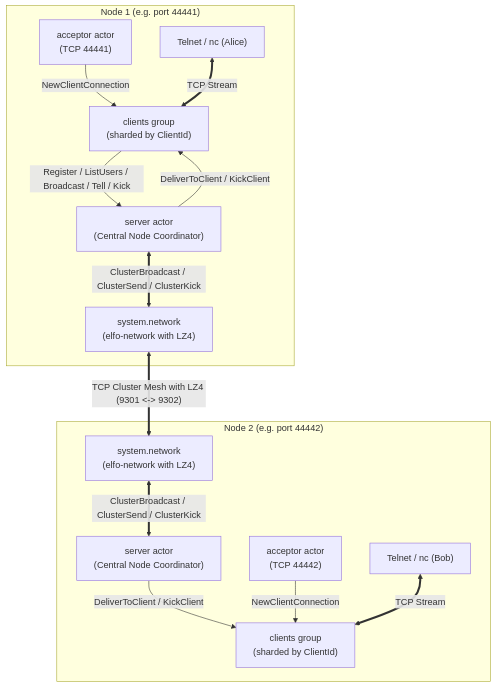
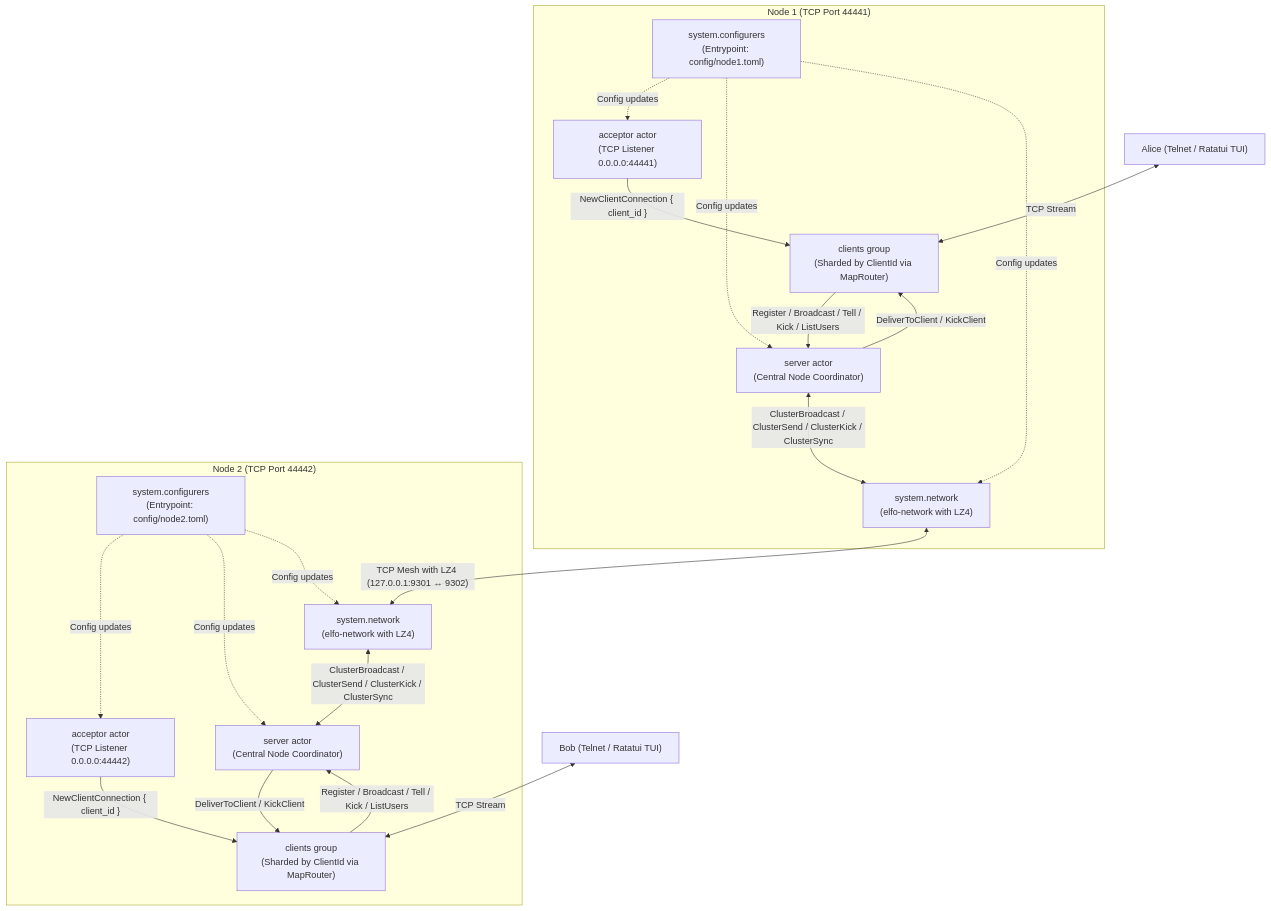
Before and after one commit to smunix/parconc-rs: the first of 7 diagrams in distrib-chat/README.md, drawn with Mermaid. The commit also changed other lines of this file, not shown here.

Commit message:
docs(distrib-chat): add flow and sequence diagrams to README

````diff
--- a/distrib-chat/README.md
+++ b/distrib-chat/README.md
@@ -65,19 +65,39 @@
 ```mermaid
 flowchart TD
-    subgraph Node1 ["Node 1 (e.g. port 44441)"]
-        A1["acceptor actor<br/>(TCP 44441)"] -->|"NewClientConnection"| C1["clients group<br/>(sharded by ClientId)"]
-        Telnet1["Telnet / nc (Alice)"] <==>|"TCP Stream"| C1
-        C1 -->|"Register / ListUsers / Broadcast / Tell / Kick"| S1["server actor<br/>(Central Node Coordinator)"]
-        S1 -->|"DeliverToClient / KickClient"| C1
-        S1 <==>|"ClusterBroadcast / ClusterSend / ClusterKick"| Net1["system.network<br/>(elfo-network with LZ4)"]
+    subgraph Node1 ["Node 1 (TCP Port 44441)"]
+        Acceptor1["acceptor actor<br/>(TCP Listener 0.0.0.0:44441)"]
+        Clients1["clients group<br/>(Sharded by ClientId via MapRouter)"]
+        Server1["server actor<br/>(Central Node Coordinator)"]
+        Network1["system.network<br/>(elfo-network with LZ4)"]
+        Config1["system.configurers<br/>(Entrypoint: config/node1.toml)"]
+
+        Acceptor1 -->|"NewClientConnection { client_id }"| Clients1
+        Clients1 -->|"Register / Broadcast / Tell / Kick / ListUsers"| Server1
+        Server1 -->|"DeliverToClient / KickClient"| Clients1
+        Server1 <-->|"ClusterBroadcast / ClusterSend / ClusterKick / ClusterSync"| Network1
+        Config1 -.->|"Config updates"| Acceptor1
+        Config1 -.->|"Config updates"| Server1
+        Config1 -.->|"Config updates"| Network1
     end
 
-    subgraph Node2 ["Node 2 (e.g. port 44442)"]
-        Net2["system.network<br/>(elfo-network with LZ4)"] <==>|"ClusterBroadcast / ClusterSend / ClusterKick"| S2["server actor<br/>(Central Node Coordinator)"]
-        S2 -->|"DeliverToClient / KickClient"| C2["clients group<br/>(sharded by ClientId)"]
-        A2["acceptor actor<br/>(TCP 44442)"] -->|"NewClientConnection"| C2
-        Telnet2["Telnet / nc (Bob)"] <==>|"TCP Stream"| C2
+    subgraph Node2 ["Node 2 (TCP Port 44442)"]
+        Network2["system.network<br/>(elfo-network with LZ4)"]
+        Server2["server actor<br/>(Central Node Coordinator)"]
+        Clients2["clients group<br/>(Sharded by ClientId via MapRouter)"]
+        Acceptor2["acceptor actor<br/>(TCP Listener 0.0.0.0:44442)"]
+        Config2["system.configurers<br/>(Entrypoint: config/node2.toml)"]
+
+        Network2 <-->|"ClusterBroadcast / ClusterSend / ClusterKick / ClusterSync"| Server2
+        Server2 -->|"DeliverToClient / KickClient"| Clients2
+        Clients2 -->|"Register / Broadcast / Tell / Kick / ListUsers"| Server2
+        Acceptor2 -->|"NewClientConnection { client_id }"| Clients2
+        Config2 -.->|"Config updates"| Acceptor2
+        Config2 -.->|"Config updates"| Server2
+        Config2 -.->|"Config updates"| Network2
     end
 
-    Net1 <==>|"TCP Cluster Mesh with LZ4 (9301 <-> 9302)"| Net2
+    Alice["Alice (Telnet / Ratatui TUI)"] <-->|"TCP Stream"| Clients1
+    Bob["Bob (Telnet / Ratatui TUI)"] <-->|"TCP Stream"| Clients2
+
+    Network1 <-->|"TCP Mesh with LZ4 (127.0.0.1:9301 &harr; 9302)"| Network2
 ```
````
